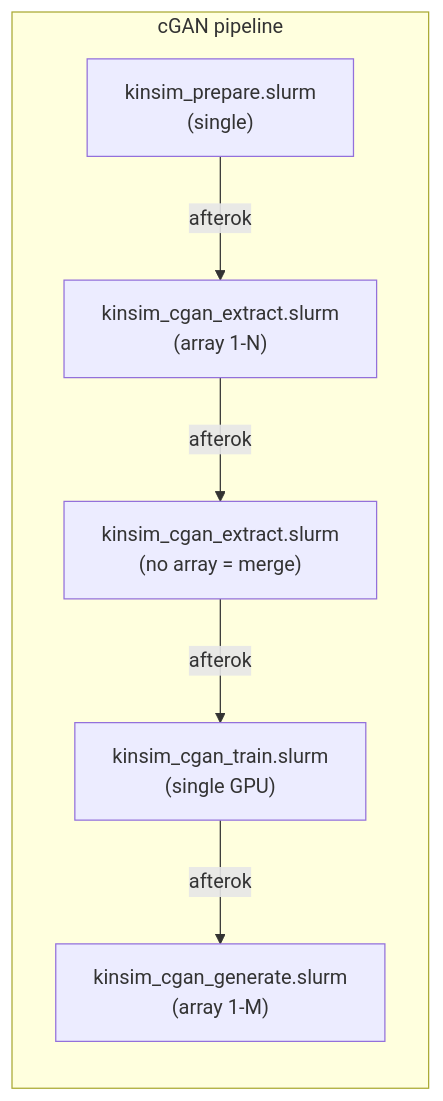
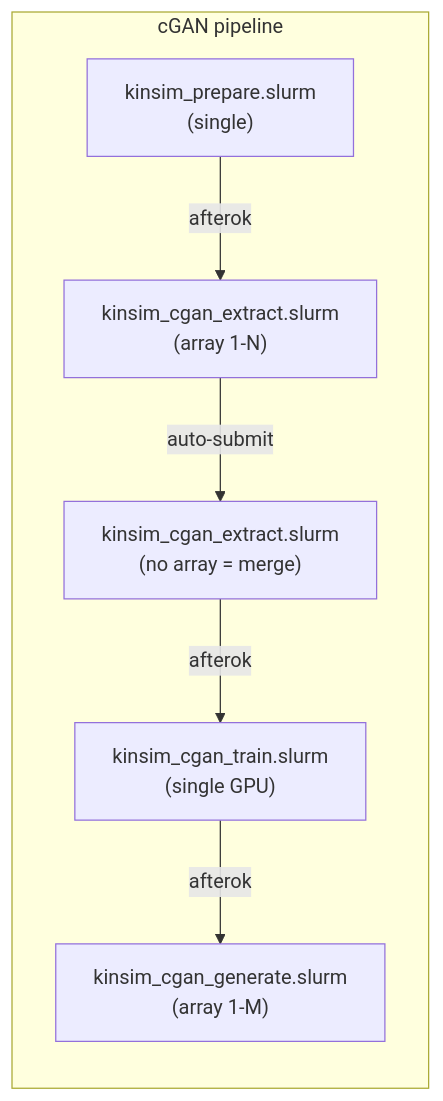
Before and after one commit to NicolasDutilleux/KinSim: the fourth of 4 diagrams in README.md, drawn with Mermaid. The commit also changed other lines of this file and 9 other files, not shown here.

````diff
--- a/README.md
+++ b/README.md
@@ -534,9 +600,9 @@
 ```mermaid
 flowchart LR
     subgraph cgan ["cGAN pipeline"]
         P2["kinsim_prepare.slurm\n(single)"] -->|afterok| E["kinsim_cgan_extract.slurm\n(array 1-N)"]
-        E -->|afterok| EM["kinsim_cgan_extract.slurm\n(no array = merge)"]
+        E -->|auto-submit| EM["kinsim_cgan_extract.slurm\n(no array = merge)"]
         EM -->|afterok| CT["kinsim_cgan_train.slurm\n(single GPU)"]
         CT -->|afterok| G["kinsim_cgan_generate.slurm\n(array 1-M)"]
     end
 ```
````
